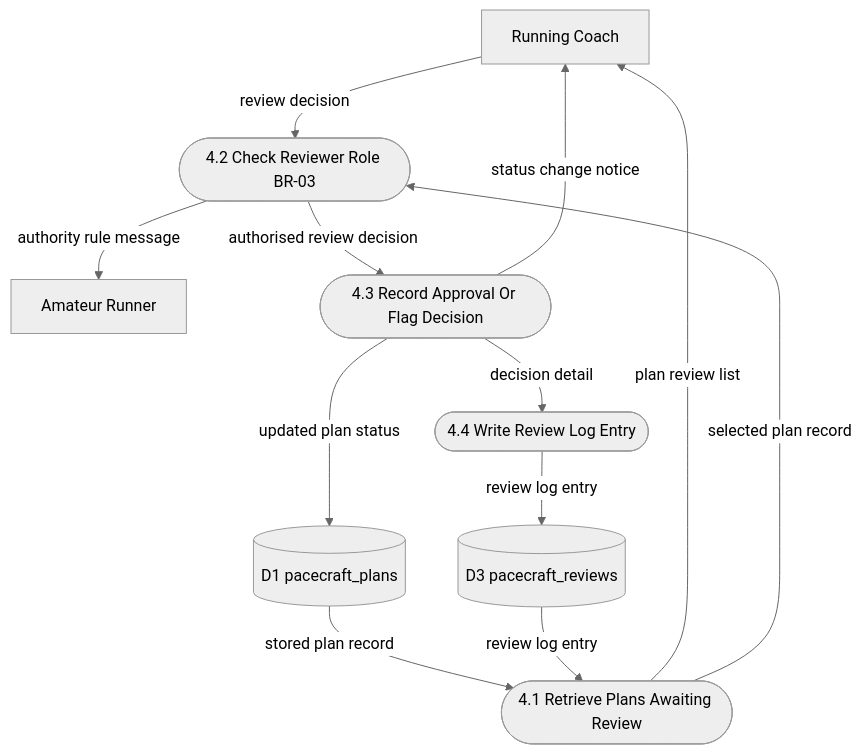
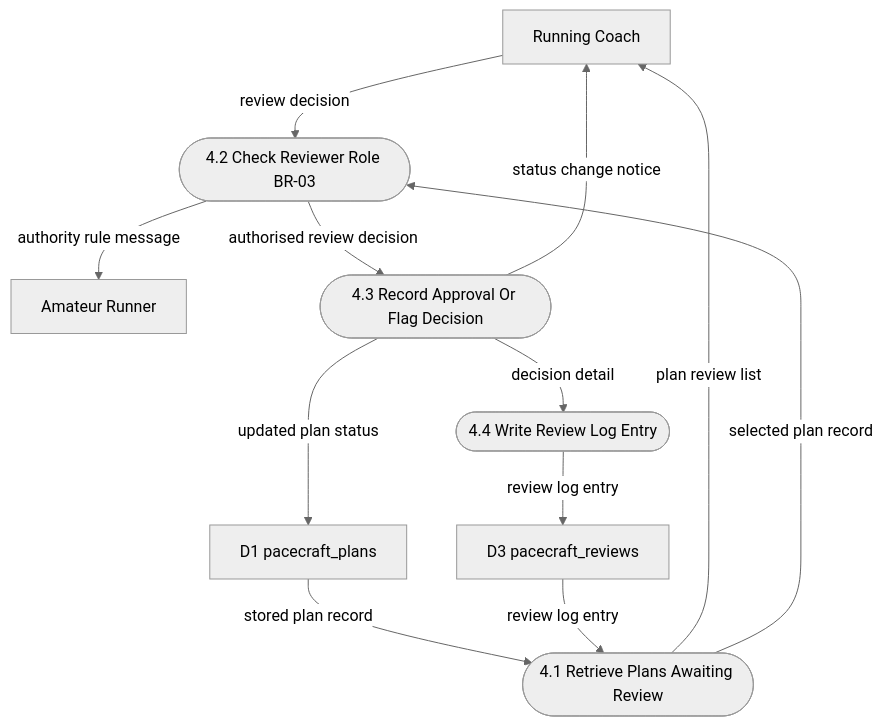
The fourth of 5 diagrams in README.md (hswinyer/PaceCraft-), drawn with Mermaid (neutral theme) before and after one commit. The commit also changed other lines of this file, not shown here.

````diff
--- a/README.md
+++ b/README.md
@@ -107,27 +107,27 @@
 ```mermaid
 flowchart TB
   C["Running Coach"]
   R["Amateur Runner"]
 
   P41(["4.1 Retrieve Plans Awaiting Review"])
   P42(["4.2 Check Reviewer Role BR-03"])
   P43(["4.3 Record Approval Or Flag Decision"])
   P44(["4.4 Write Review Log Entry"])
 
-  D1[("D1 pacecraft_plans")]
-  D3[("D3 pacecraft_reviews")]
+  D1["D1 pacecraft_plans"]
+  D3["D3 pacecraft_reviews"]
 
   D1 -->|stored plan record| P41
   P41 -->|plan review list| C
   P41 -->|selected plan record| P42
 
   C -->|review decision| P42
   P42 -->|authority rule message| R
   P42 -->|authorised review decision| P43
 
   P43 -->|updated plan status| D1
   P43 -->|status change notice| C
   P43 -->|decision detail| P44
   P44 -->|review log entry| D3
   D3 -->|review log entry| P41
 ```
````
